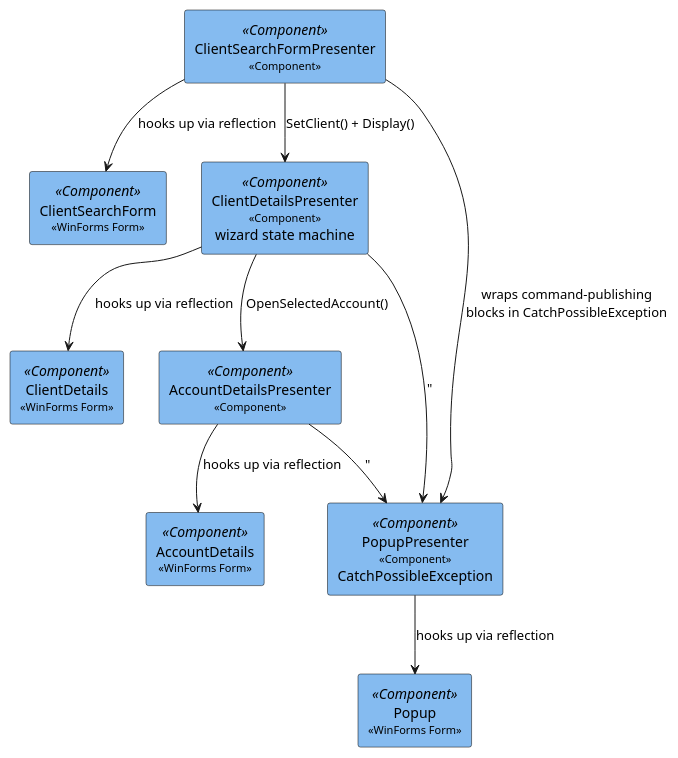
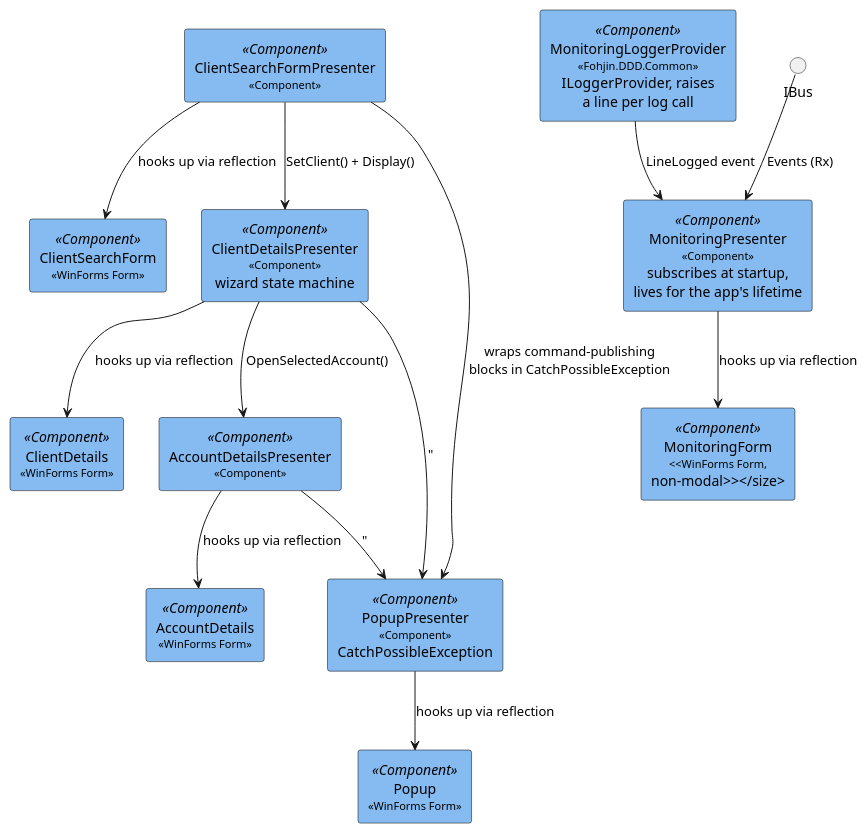
Before and after one commit to Mwwhited-BookLearning/fohjin-cqrs: the second of 12 diagrams in docs/09-winforms-ui.md, drawn with PlantUML. The commit also changed other lines of this file, not shown here.

First line of the commit message:
Design the monitoring pane before building it

````diff
--- a/docs/09-winforms-ui.md
+++ b/docs/09-winforms-ui.md
@@ -31,30 +31,36 @@
 ```plantuml
 @startuml
 skinparam rectangle {
   BackgroundColor<<Component>> #85bbf0
   FontColor<<Component>> black
   BorderColor black
 }
 skinparam defaultTextAlignment center
 skinparam wrapWidth 200
 
 rectangle "ClientSearchFormPresenter\n<size:11><<Component>></size>" <<Component>> as p1
 rectangle "ClientSearchForm\n<size:11><<WinForms Form>></size>" <<Component>> as v1
 rectangle "ClientDetailsPresenter\n<size:11><<Component>></size>\nwizard state machine" <<Component>> as p2
 rectangle "ClientDetails\n<size:11><<WinForms Form>></size>" <<Component>> as v2
 rectangle "AccountDetailsPresenter\n<size:11><<Component>></size>" <<Component>> as p3
 rectangle "AccountDetails\n<size:11><<WinForms Form>></size>" <<Component>> as v3
 rectangle "PopupPresenter\n<size:11><<Component>></size>\nCatchPossibleException" <<Component>> as p4
 rectangle "Popup\n<size:11><<WinForms Form>></size>" <<Component>> as v4
+rectangle "MonitoringPresenter\n<size:11><<Component>></size>\nsubscribes at startup,\nlives for the app's lifetime" <<Component>> as p5
+rectangle "MonitoringForm\n<size:11><<WinForms Form,\nnon-modal>></size>" <<Component>> as v5
+rectangle "MonitoringLoggerProvider\n<size:11><<Fohjin.DDD.Common>></size>\nILoggerProvider, raises\na line per log call" <<Component>> as logProvider
 
 p1 --> v1 : hooks up via reflection
 p2 --> v2 : hooks up via reflection
 p3 --> v3 : hooks up via reflection
 p4 --> v4 : hooks up via reflection
+p5 --> v5 : hooks up via reflection
 p1 --> p2 : SetClient() + Display()
 p2 --> p3 : OpenSelectedAccount()
 p1 --> p4 : wraps command-publishing\nblocks in CatchPossibleException
 p2 --> p4 : "
 p3 --> p4 : "
+logProvider --> p5 : LineLogged event
+"IBus" --> p5 : Events (Rx)
 @enduml
 ```
````
